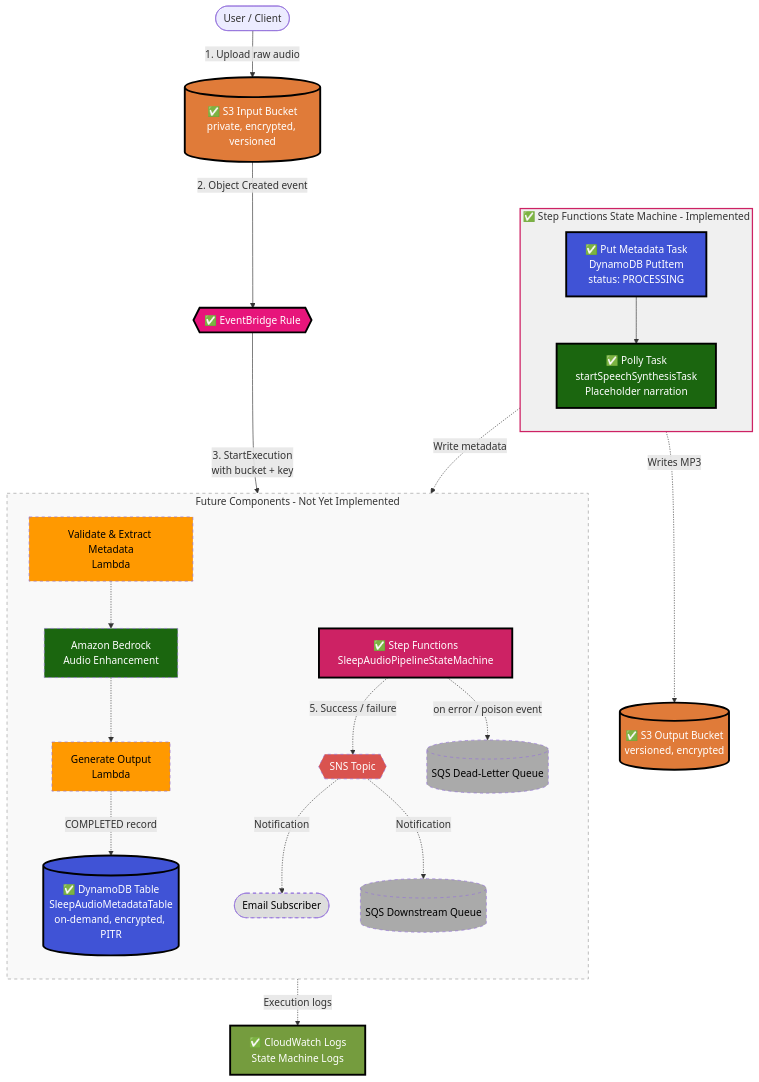
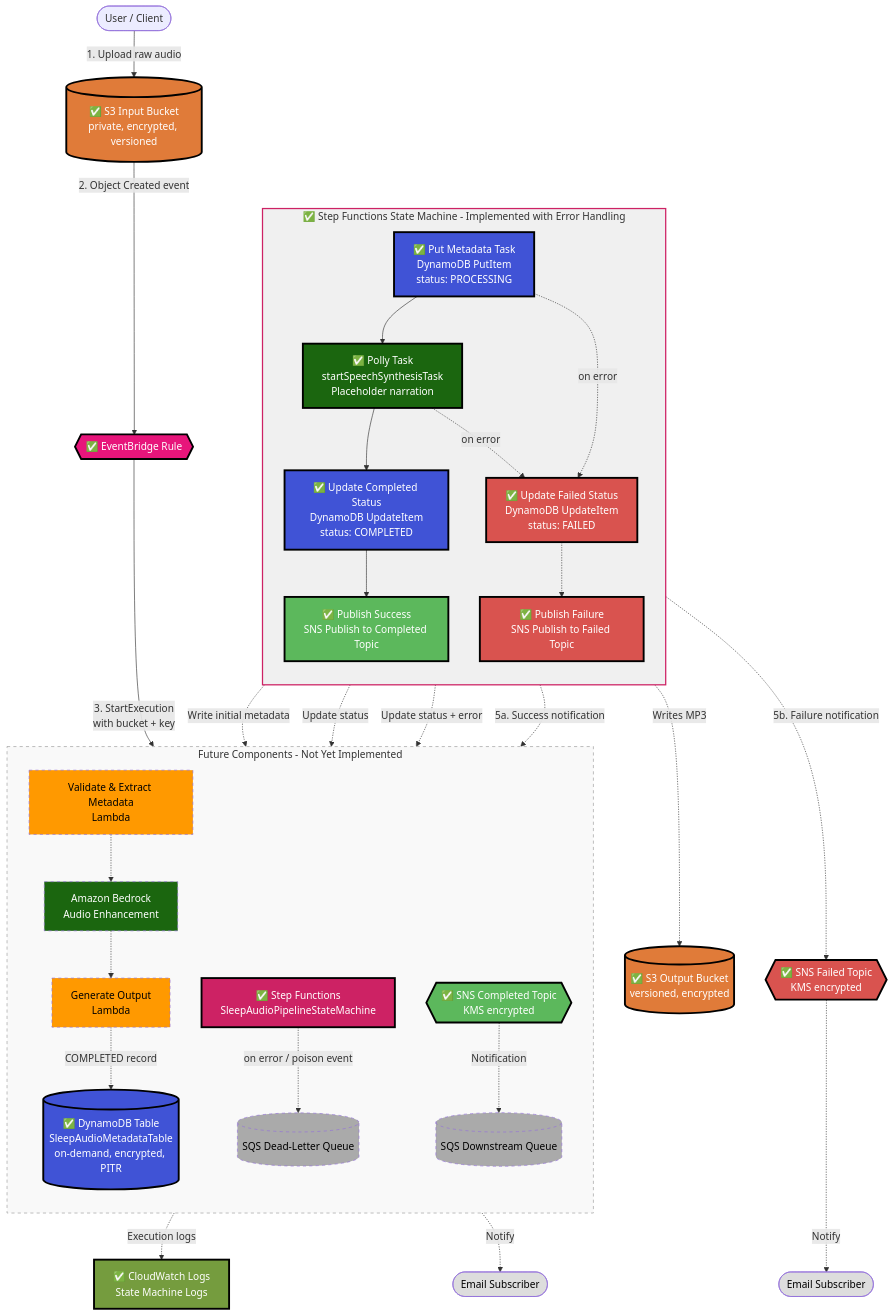
One commit to obstreperous-ai/cdk-sleep-ts-copilot changed the diagram in ARCHITECTURE.md. Above: the diagram before and after it, drawn with Mermaid. The commit also changed other lines of this file, not shown here.

First line of the commit message:
docs: Update ARCHITECTURE.md with SNS notifications and error handling

````diff
--- a/ARCHITECTURE.md
+++ b/ARCHITECTURE.md
@@ -171,46 +257,64 @@
 ```mermaid
 flowchart TD
     U([User / Client]) -->|1. Upload raw audio| S3in[(✅ S3 Input Bucket<br/>private, encrypted, versioned)]
 
     S3in -->|2. Object Created event| EB{{✅ EventBridge Rule}}
     EB -->|3. StartExecution<br/>with bucket + key| SFN[✅ Step Functions<br/>SleepAudioPipelineStateMachine]
 
-    subgraph SFN_Detail [✅ Step Functions State Machine - Implemented]
+    subgraph SFN_Detail [✅ Step Functions State Machine - Implemented with Error Handling]
         direction TB
         PUTMETA[✅ Put Metadata Task<br/>DynamoDB PutItem<br/>status: PROCESSING]
         PUTMETA --> POLLY[✅ Polly Task<br/>startSpeechSynthesisTask<br/>Placeholder narration]
+        POLLY --> UPDATECOMPLETE[✅ Update Completed Status<br/>DynamoDB UpdateItem<br/>status: COMPLETED]
+        UPDATECOMPLETE --> PUBLISHSUCCESS[✅ Publish Success<br/>SNS Publish to Completed Topic]
+        
+        PUTMETA -.->|on error| UPDATEFAILED[✅ Update Failed Status<br/>DynamoDB UpdateItem<br/>status: FAILED]
+        POLLY -.->|on error| UPDATEFAILED
+        UPDATEFAILED -.-> PUBLISHFAILURE[✅ Publish Failure<br/>SNS Publish to Failed Topic]
     end
 
-    PUTMETA -.->|Write metadata| DDB[(✅ DynamoDB Table<br/>SleepAudioMetadataTable<br/>on-demand, encrypted, PITR)]
+    PUTMETA -.->|Write initial metadata| DDB[(✅ DynamoDB Table<br/>SleepAudioMetadataTable<br/>on-demand, encrypted, PITR)]
+    UPDATECOMPLETE -.->|Update status| DDB
+    UPDATEFAILED -.->|Update status + error| DDB
     POLLY -.->|Writes MP3| S3out[(✅ S3 Output Bucket<br/>versioned, encrypted)]
     SFN -.->|Execution logs| CWLOGS[✅ CloudWatch Logs<br/>State Machine Logs]
+    
+    PUBLISHSUCCESS -.->|5a. Success notification| SNSCOMPLETE{{✅ SNS Completed Topic<br/>KMS encrypted}}
+    PUBLISHFAILURE -.->|5b. Failure notification| SNSFAILED{{✅ SNS Failed Topic<br/>KMS encrypted}}
+    
+    SNSCOMPLETE -.->|Notify| Email1([Email Subscriber])
+    SNSFAILED -.->|Notify| Email2([Email Subscriber])
 
     subgraph Future [Future Components - Not Yet Implemented]
         direction TB
         V[Validate & Extract Metadata<br/>Lambda] -.-> BED[Amazon Bedrock<br/>Audio Enhancement]
         BED -.-> OUT[Generate Output<br/>Lambda]
         OUT -.->|COMPLETED record| DDB
-        SFN -.->|5. Success / failure| SNS{{SNS Topic}}
         SFN -.->|on error / poison event| DLQ[(SQS Dead-Letter Queue)]
-        SNS -.->|Notification| Email([Email Subscriber])
-        SNS -.->|Notification| SQSdown[(SQS Downstream Queue)]
+        SNSCOMPLETE -.->|Notification| SQSdown[(SQS Downstream Queue)]
     end
 
     style S3in fill:#e07b39,color:#fff,stroke:#000,stroke-width:3px
     style S3out fill:#e07b39,color:#fff,stroke:#000,stroke-width:3px
     style EB fill:#e7157b,color:#fff,stroke:#000,stroke-width:3px
     style SFN fill:#cd2264,color:#fff,stroke:#000,stroke-width:3px
     style PUTMETA fill:#4053d6,color:#fff,stroke:#000,stroke-width:3px
     style POLLY fill:#1b660f,color:#fff,stroke:#000,stroke-width:3px
+    style UPDATECOMPLETE fill:#4053d6,color:#fff,stroke:#000,stroke-width:3px
+    style UPDATEFAILED fill:#d9534f,color:#fff,stroke:#000,stroke-width:3px
+    style PUBLISHSUCCESS fill:#5cb85c,color:#fff,stroke:#000,stroke-width:3px
+    style PUBLISHFAILURE fill:#d9534f,color:#fff,stroke:#000,stroke-width:3px
+    style SNSCOMPLETE fill:#5cb85c,color:#fff,stroke:#000,stroke-width:3px
+    style SNSFAILED fill:#d9534f,color:#fff,stroke:#000,stroke-width:3px
     style DDB fill:#4053d6,color:#fff,stroke:#000,stroke-width:3px
     style CWLOGS fill:#759c3e,color:#fff,stroke:#000,stroke-width:3px
     style SFN_Detail fill:#f0f0f0,stroke:#cd2264,stroke-width:2px
     style Future fill:#f9f9f9,stroke:#999,stroke-width:1px,stroke-dasharray: 5 5
     style V fill:#f90,color:#000,stroke-dasharray: 5 5
     style OUT fill:#f90,color:#000,stroke-dasharray: 5 5
     style BED fill:#1b660f,color:#fff,stroke-dasharray: 5 5
-    style SNS fill:#d9534f,color:#fff,stroke-dasharray: 5 5
     style DLQ fill:#aaa,color:#000,stroke-dasharray: 5 5
     style SQSdown fill:#aaa,color:#000,stroke-dasharray: 5 5
-    style Email fill:#ddd,color:#000,stroke-dasharray: 5 5
+    style Email1 fill:#ddd,color:#000
+    style Email2 fill:#ddd,color:#000
 ```
````
